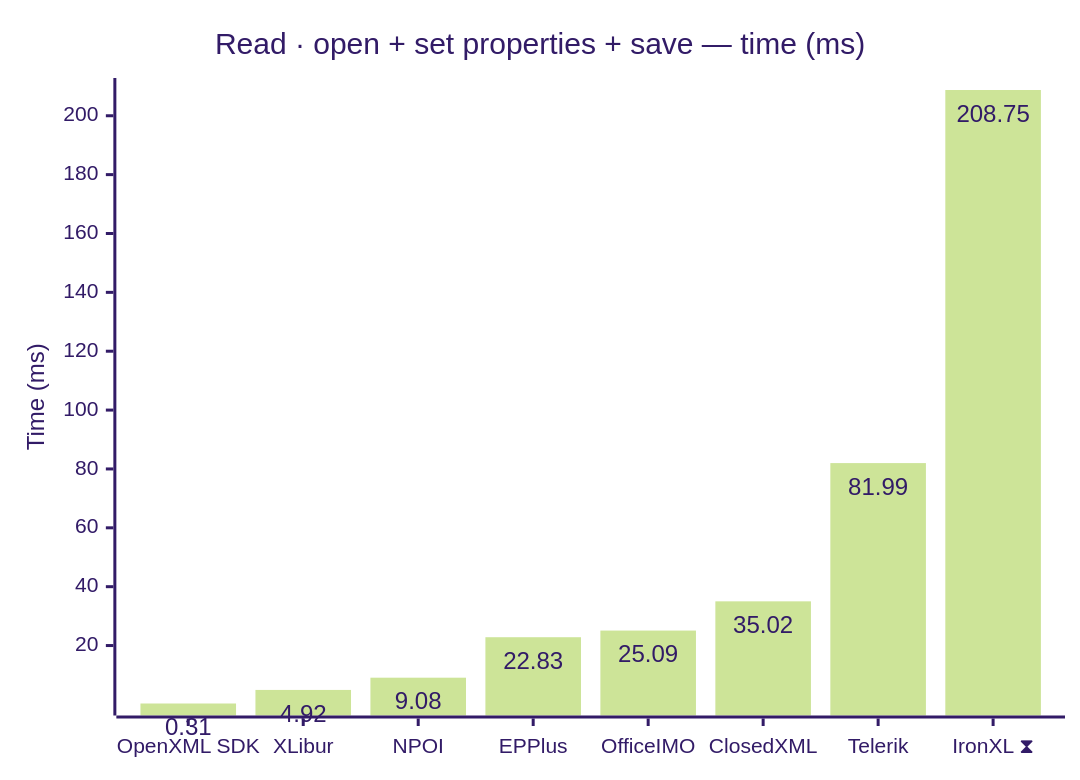
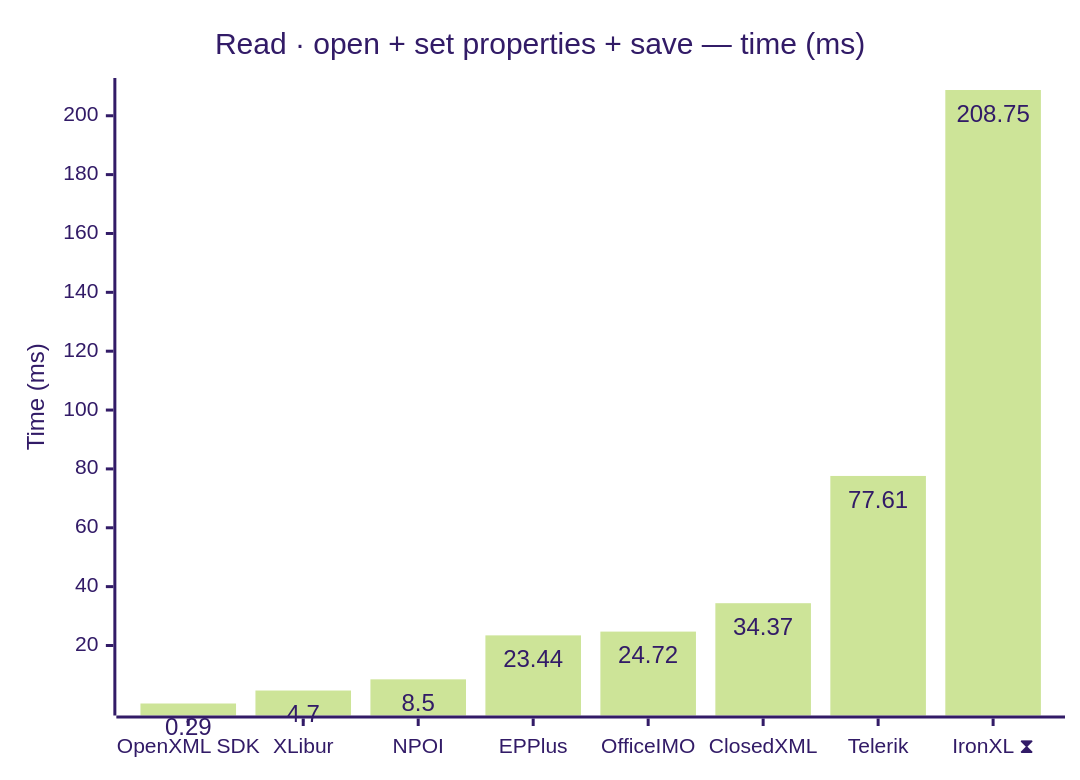
Before and after one commit to jafin/XLBench: the first of 18 diagrams in docs/results.md, drawn with Mermaid (forest theme). The commit also changed other lines of this file and 5 other files, not shown here.

````diff
--- a/docs/results.md
+++ b/docs/results.md
@@ -42,12 +42,12 @@
 ```mermaid
 ---
 config:
   xyChart:
     showDataLabel: true
 ---
 xychart-beta
     title "Read · open + set properties + save — time (ms)"
     x-axis ["OpenXML SDK", "XLibur", "NPOI", "EPPlus", "OfficeIMO", "ClosedXML", "Telerik", "IronXL ⧗"]
     y-axis "Time (ms)"
-    bar [0.31, 4.92, 9.08, 22.83, 25.09, 35.02, 81.99, 208.75]
+    bar [0.29, 4.7, 8.5, 23.44, 24.72, 34.37, 77.61, 208.75]
 ```
````
